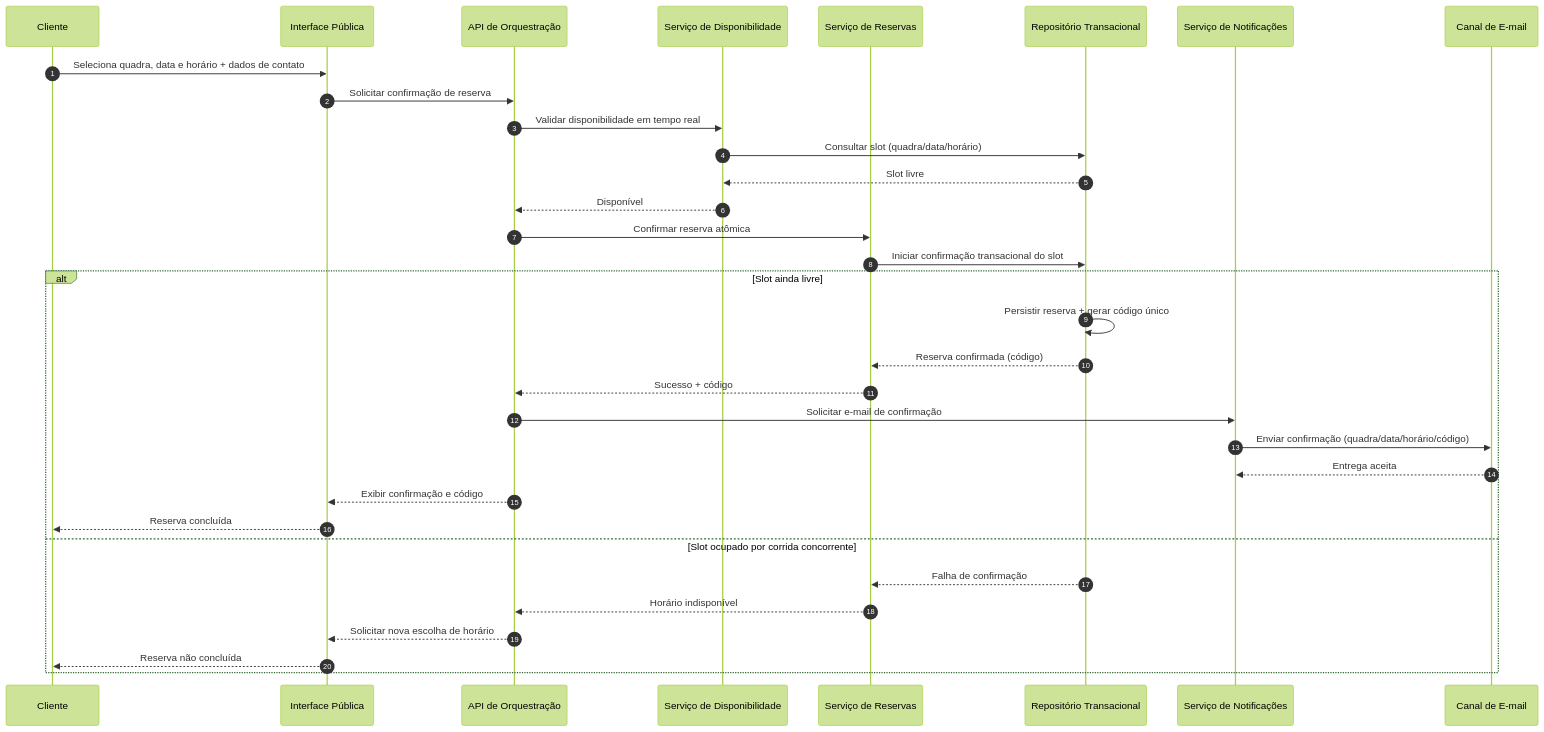
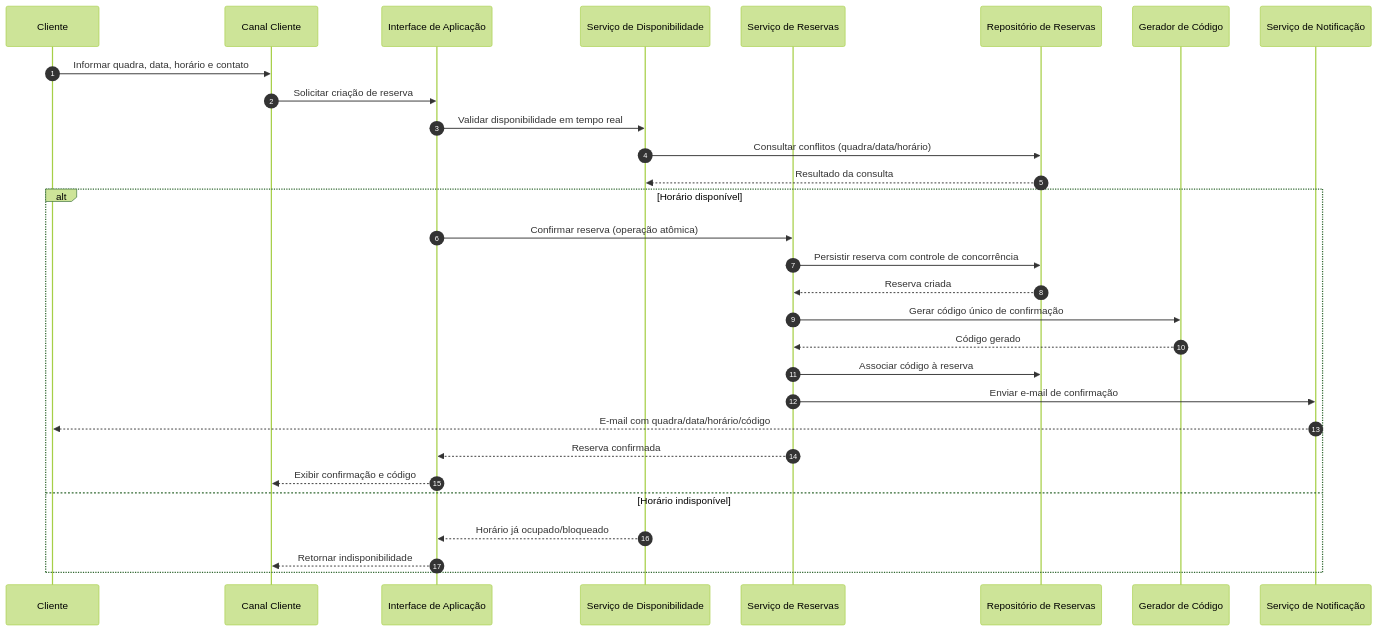
One commit to PDC-ESIA/AI4ES changed the second of 2 diagrams in docs/Time_2_Design/analise-qualitativa/outputs/relatorio_gpt_5_3_codex_P05.md. Above: the diagram before and after it, drawn with Mermaid (forest theme). The commit also changed other lines of this file and 93 other files, not shown here.

````diff
--- a/docs/Time_2_Design/analise-qualitativa/outputs/relatorio_gpt_5_3_codex_P05.md
+++ b/docs/Time_2_Design/analise-qualitativa/outputs/relatorio_gpt_5_3_codex_P05.md
@@ -64,37 +77,34 @@
 ```mermaid
 sequenceDiagram
-    autonumber
-    participant C as Cliente
-    participant UI as Interface Pública
-    participant API as API de Orquestração
-    participant DISP as Serviço de Disponibilidade
-    participant RESV as Serviço de Reservas
-    participant REPO as Repositório Transacional
-    participant NOTIF as Serviço de Notificações
-    participant MAIL as Canal de E-mail
+  autonumber
+  participant C as Cliente
+  participant UI as Canal Cliente
+  participant API as Interface de Aplicação
+  participant DISP as Serviço de Disponibilidade
+  participant RES as Serviço de Reservas
+  participant REP as Repositório de Reservas
+  participant COD as Gerador de Código
+  participant NOTI as Serviço de Notificação
 
-    C->>UI: Seleciona quadra, data e horário + dados de contato
-    UI->>API: Solicitar confirmação de reserva
-    API->>DISP: Validar disponibilidade em tempo real
-    DISP->>REPO: Consultar slot (quadra/data/horário)
-    REPO-->>DISP: Slot livre
-    DISP-->>API: Disponível
+  C->>UI: Informar quadra, data, horário e contato
+  UI->>API: Solicitar criação de reserva
+  API->>DISP: Validar disponibilidade em tempo real
+  DISP->>REP: Consultar conflitos (quadra/data/horário)
+  REP-->>DISP: Resultado da consulta
 
-    API->>RESV: Confirmar reserva atômica
-    RESV->>REPO: Iniciar confirmação transacional do slot
-    alt Slot ainda livre
-        REPO->>REPO: Persistir reserva + gerar código único
-        REPO-->>RESV: Reserva confirmada (código)
-        RESV-->>API: Sucesso + código
-        API->>NOTIF: Solicitar e-mail de confirmação
-        NOTIF->>MAIL: Enviar confirmação (quadra/data/horário/código)
-        MAIL-->>NOTIF: Entrega aceita
-        API-->>UI: Exibir confirmação e código
-        UI-->>C: Reserva concluída
-    else Slot ocupado por corrida concorrente
-        REPO-->>RESV: Falha de confirmação
-        RESV-->>API: Horário indisponível
-        API-->>UI: Solicitar nova escolha de horário
-        UI-->>C: Reserva não concluída
-    end
+  alt Horário disponível
+    API->>RES: Confirmar reserva (operação atômica)
+    RES->>REP: Persistir reserva com controle de concorrência
+    REP-->>RES: Reserva criada
+    RES->>COD: Gerar código único de confirmação
+    COD-->>RES: Código gerado
+    RES->>REP: Associar código à reserva
+    RES->>NOTI: Enviar e-mail de confirmação
+    NOTI-->>C: E-mail com quadra/data/horário/código
+    RES-->>API: Reserva confirmada
+    API-->>UI: Exibir confirmação e código
+  else Horário indisponível
+    DISP-->>API: Horário já ocupado/bloqueado
+    API-->>UI: Retornar indisponibilidade
+  end
 ```
````
